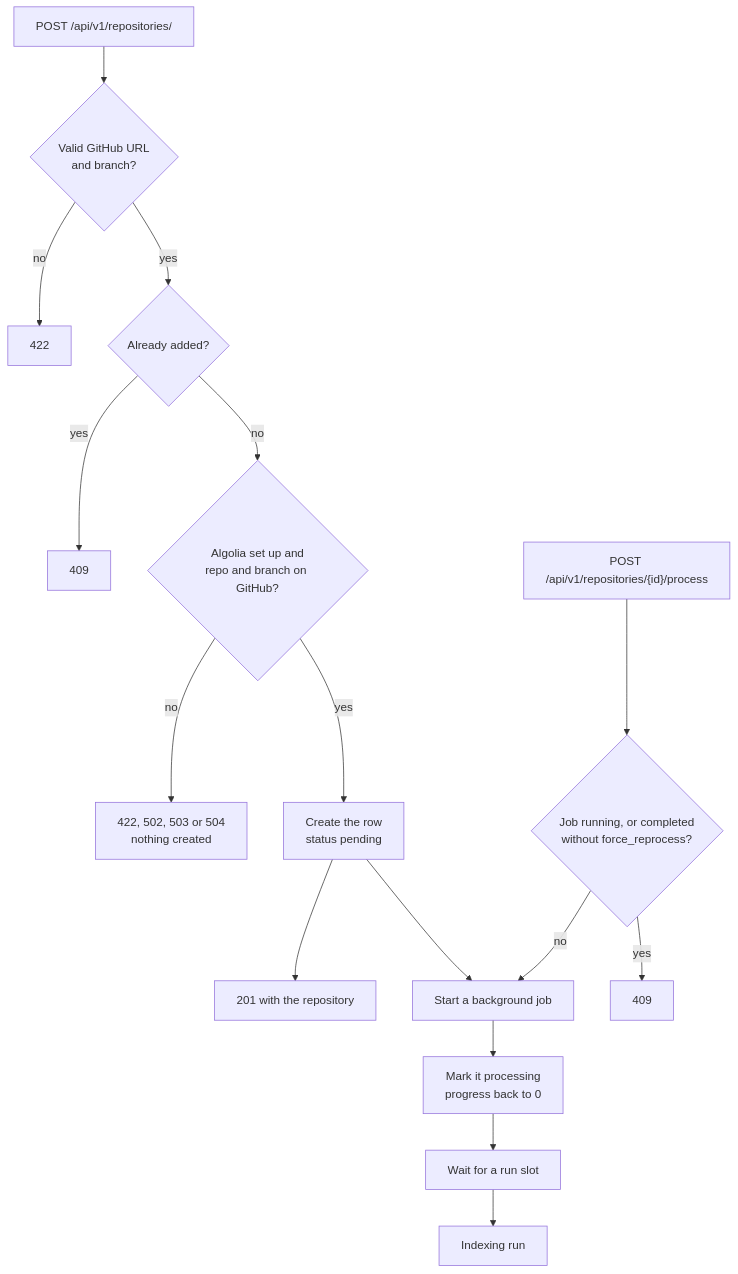
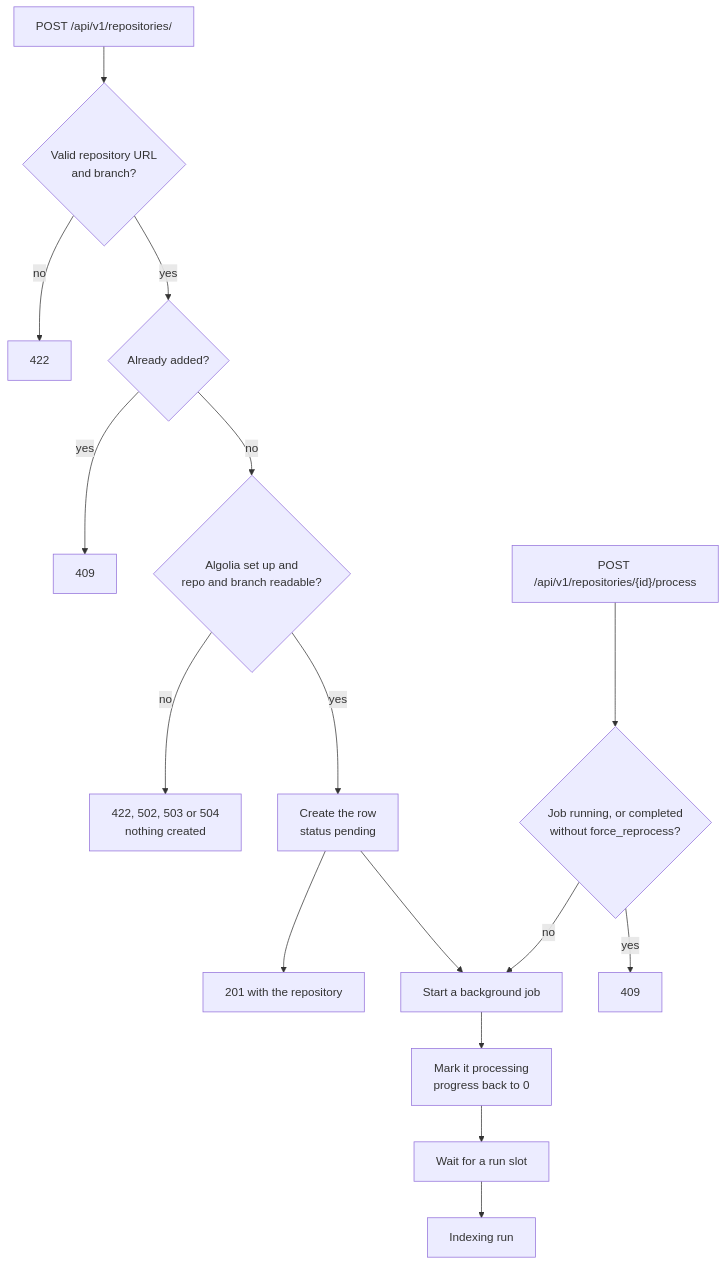
Before and after one commit to ntanwir10/codesage-algolia-challenge: the third of 8 diagrams in README.md, drawn with Mermaid. The commit also changed other lines of this file and 11 other files, not shown here.

Commit message:
Add repositories from GitLab, Bitbucket and other git hosts in the web form and REST API

````diff
--- a/README.md
+++ b/README.md
@@ -68,18 +68,18 @@
 ```mermaid
 flowchart TD
-    add["POST /api/v1/repositories/"] --> valid{"Valid GitHub URL<br/>and branch?"}
+    add["POST /api/v1/repositories/"] --> valid{"Valid repository URL<br/>and branch?"}
     valid -- "no" --> bad["422"]
     valid -- "yes" --> known{"Already added?"}
     known -- "yes" --> dup["409"]
-    known -- "no" --> ready{"Algolia set up and<br/>repo and branch on GitHub?"}
+    known -- "no" --> ready{"Algolia set up and<br/>repo and branch readable?"}
     ready -- "no" --> refused["422, 502, 503 or 504<br/>nothing created"]
     ready -- "yes" --> create["Create the row<br/>status pending"]
     create --> created["201 with the repository"]
     create --> schedule["Start a background job"]
     again["POST /api/v1/repositories/{id}/process"] --> busy{"Job running, or completed<br/>without force_reprocess?"}
     busy -- "yes" --> conflict["409"]
     busy -- "no" --> schedule
     schedule --> processing["Mark it processing<br/>progress back to 0"]
     processing --> slot["Wait for a run slot"]
     slot --> run["Indexing run"]
 ```
````
